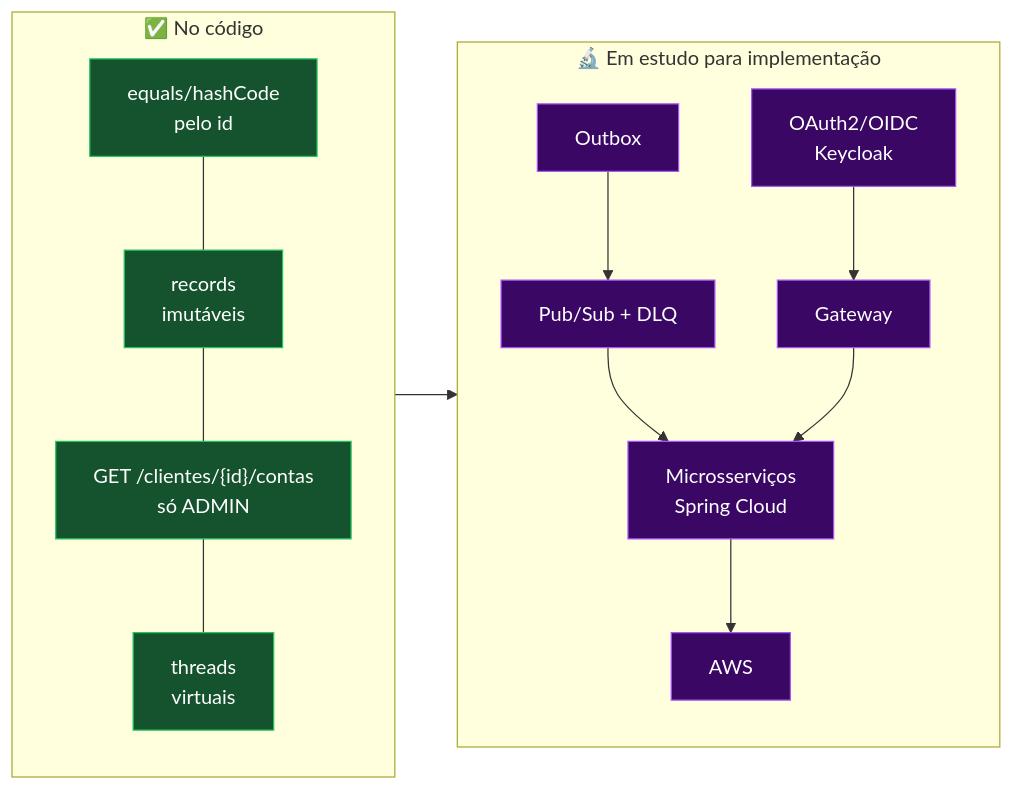
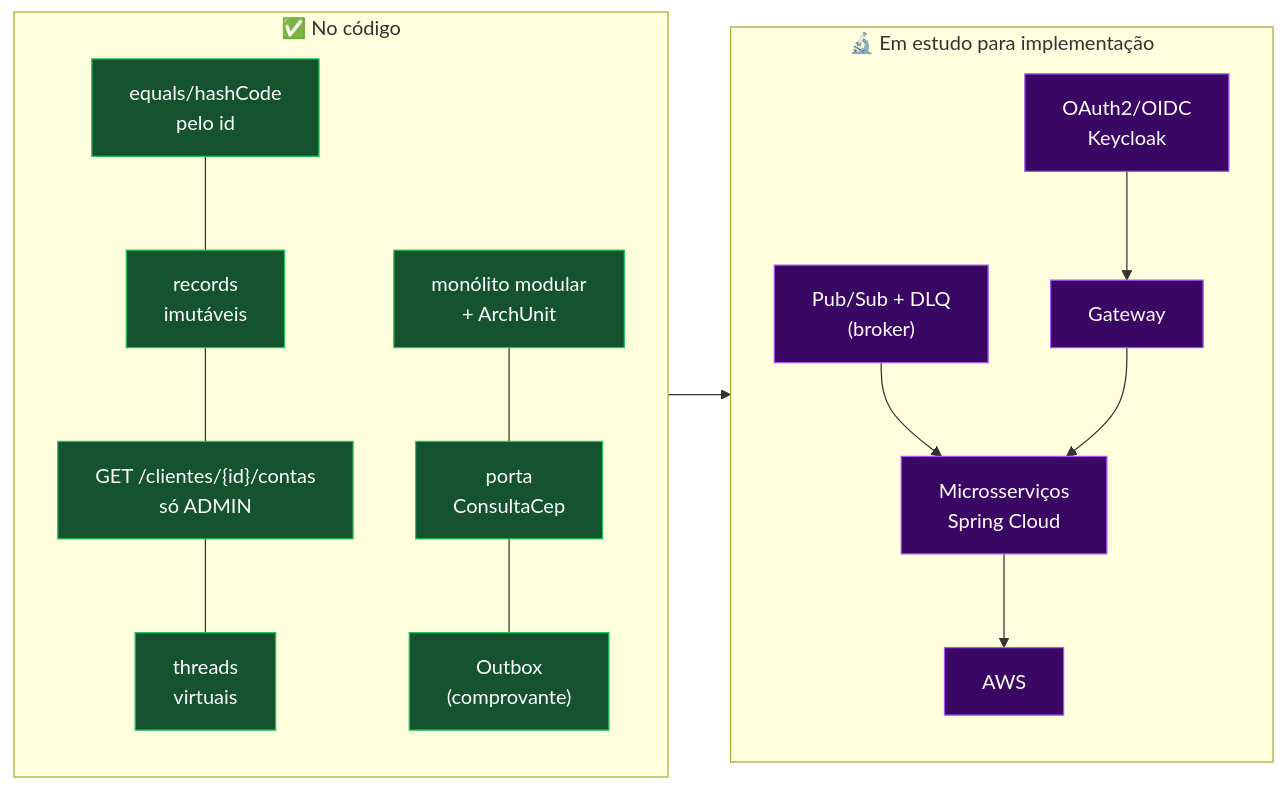
Before and after one commit to k3vinrich4rd/rkf_bank: diagram 12 of 17 in README.md, drawn with Mermaid. The commit also changed other lines of this file and 17 other files, not shown here.

First line of the commit message:
docs: monolito modular, Outbox e ArchUnit na documentacao

````diff
--- a/README.md
+++ b/README.md
@@ -1143,18 +1185,19 @@
 ```mermaid
 flowchart LR
     subgraph JA["✅ No código"]
         A["equals/hashCode<br/>pelo id"] --- B["records<br/>imutáveis"] --- C["GET /clientes/{id}/contas<br/>só ADMIN"] --- D["threads<br/>virtuais"]
+        K["monólito modular<br/>+ ArchUnit"] --- L["porta<br/>ConsultaCep"] --- E["Outbox<br/>(comprovante)"]
     end
     subgraph EST["🔬 Em estudo para implementação"]
-        E["Outbox"] --> F["Pub/Sub + DLQ"]
+        F["Pub/Sub + DLQ<br/>(broker)"]
         G["OAuth2/OIDC<br/>Keycloak"] --> H["Gateway"]
         F --> I["Microsserviços<br/>Spring Cloud"]
         H --> I
         I --> J["AWS"]
     end
     JA --> EST
     classDef feito fill:#14532d,stroke:#22c55e,color:#fff
     classDef estudo fill:#3b0764,stroke:#a855f7,color:#fff
-    class A,B,C,D feito
-    class E,F,G,H,I,J estudo
+    class A,B,C,D,K,L,E feito
+    class F,G,H,I,J estudo
 ```
````
